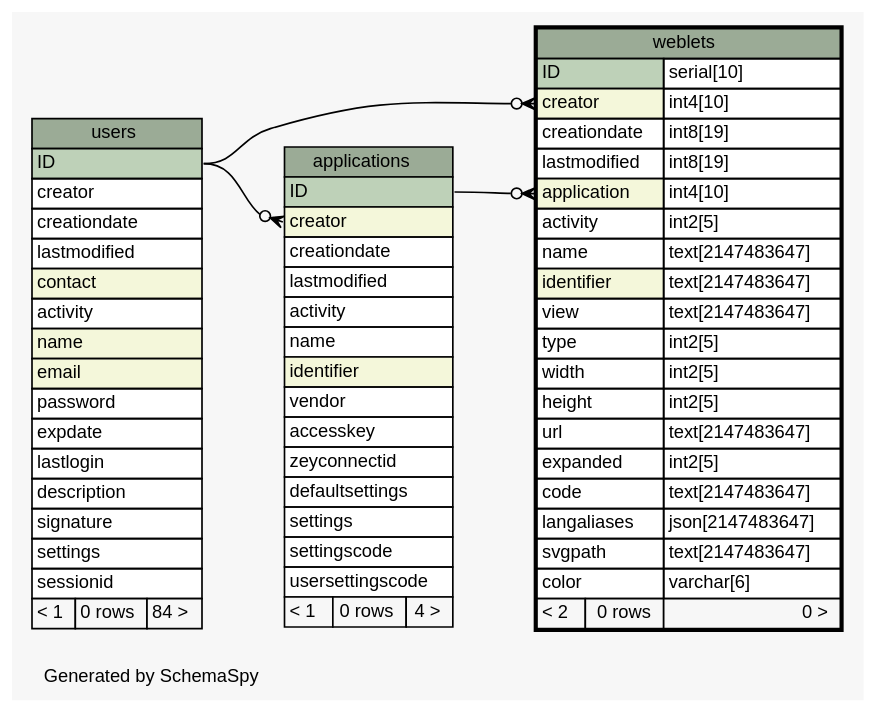
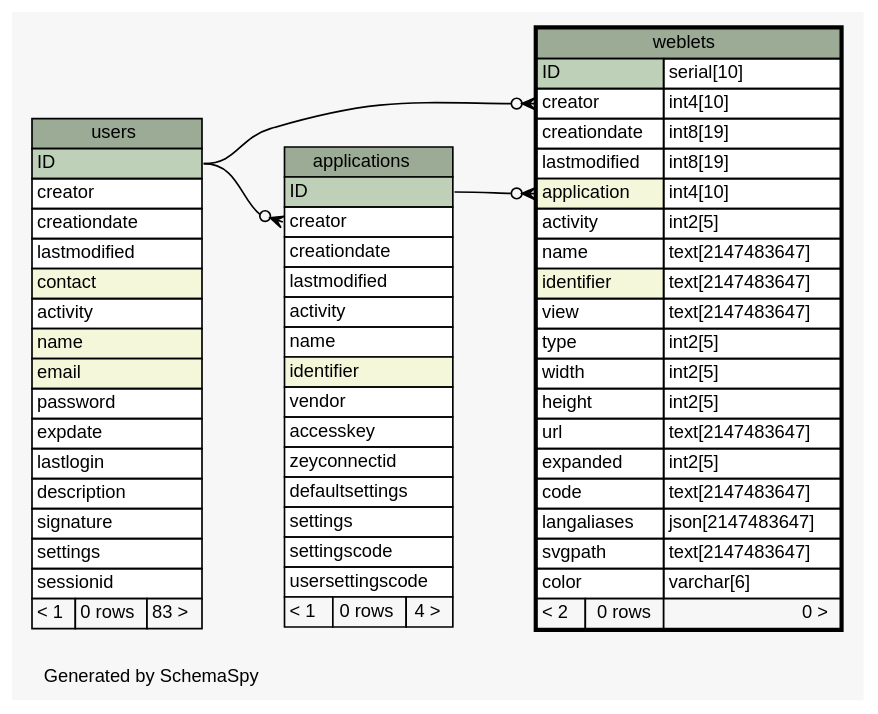
Before and after one commit to zeyosinc/zeyos-schema: the diagram in diagrams/weblets.1degree.dot, drawn with Graphviz. The commit also changed 277 other files, not shown here.

```diff
--- a/diagrams/weblets.1degree.dot
+++ b/diagrams/weblets.1degree.dot
@@ -1,99 +1,99 @@
 // dot 2.38.0 on Windows 8.1 6.3
 // SchemaSpy rev 590
 digraph "oneDegreeRelationshipsDiagram" {
   graph [
     rankdir="RL"
     bgcolor="#f7f7f7"
     label="\nGenerated by SchemaSpy"
     labeljust="l"
     nodesep="0.18"
     ranksep="0.46"
     fontname="Helvetica"
     fontsize="11"
   ];
   node [
     fontname="Helvetica"
     fontsize="11"
     shape="plaintext"
   ];
   edge [
     arrowsize="0.8"
   ];
   "applications":"creator":w -> "users":"ID":e [arrowhead=none dir=back arrowtail=crowodot];
   "weblets":"application":w -> "applications":"ID":e [arrowhead=none dir=back arrowtail=crowodot];
   "weblets":"creator":w -> "users":"ID":e [arrowhead=none dir=back arrowtail=crowodot];
   "applications" [
     label=<
     <TABLE BORDER="0" CELLBORDER="1" CELLSPACING="0" BGCOLOR="#ffffff">
       <TR><TD COLSPAN="3" BGCOLOR="#9bab96" ALIGN="CENTER">applications</TD></TR>
       <TR><TD PORT="ID" COLSPAN="3" BGCOLOR="#bed1b8" ALIGN="LEFT">ID</TD></TR>
-      <TR><TD PORT="creator" COLSPAN="3" BGCOLOR="#f4f7da" ALIGN="LEFT">creator</TD></TR>
+      <TR><TD PORT="creator" COLSPAN="3" ALIGN="LEFT">creator</TD></TR>
       <TR><TD PORT="creationdate" COLSPAN="3" ALIGN="LEFT">creationdate</TD></TR>
       <TR><TD PORT="lastmodified" COLSPAN="3" ALIGN="LEFT">lastmodified</TD></TR>
       <TR><TD PORT="activity" COLSPAN="3" ALIGN="LEFT">activity</TD></TR>
       <TR><TD PORT="name" COLSPAN="3" ALIGN="LEFT">name</TD></TR>
       <TR><TD PORT="identifier" COLSPAN="3" BGCOLOR="#f4f7da" ALIGN="LEFT">identifier</TD></TR>
       <TR><TD PORT="vendor" COLSPAN="3" ALIGN="LEFT">vendor</TD></TR>
       <TR><TD PORT="accesskey" COLSPAN="3" ALIGN="LEFT">accesskey</TD></TR>
       <TR><TD PORT="zeyconnectid" COLSPAN="3" ALIGN="LEFT">zeyconnectid</TD></TR>
       <TR><TD PORT="defaultsettings" COLSPAN="3" ALIGN="LEFT">defaultsettings</TD></TR>
       <TR><TD PORT="settings" COLSPAN="3" ALIGN="LEFT">settings</TD></TR>
       <TR><TD PORT="settingscode" COLSPAN="3" ALIGN="LEFT">settingscode</TD></TR>
       <TR><TD PORT="usersettingscode" COLSPAN="3" ALIGN="LEFT">usersettingscode</TD></TR>
       <TR><TD ALIGN="LEFT" BGCOLOR="#f7f7f7">&lt; 1</TD><TD ALIGN="RIGHT" BGCOLOR="#f7f7f7">0 rows</TD><TD ALIGN="RIGHT" BGCOLOR="#f7f7f7">4 &gt;</TD></TR>
     </TABLE>>
     URL="applications.html"
     tooltip="applications"
   ];
   "users" [
     label=<
     <TABLE BORDER="0" CELLBORDER="1" CELLSPACING="0" BGCOLOR="#ffffff">
       <TR><TD COLSPAN="3" BGCOLOR="#9bab96" ALIGN="CENTER">users</TD></TR>
       <TR><TD PORT="ID" COLSPAN="3" BGCOLOR="#bed1b8" ALIGN="LEFT">ID</TD></TR>
       <TR><TD PORT="creator" COLSPAN="3" ALIGN="LEFT">creator</TD></TR>
       <TR><TD PORT="creationdate" COLSPAN="3" ALIGN="LEFT">creationdate</TD></TR>
       <TR><TD PORT="lastmodified" COLSPAN="3" ALIGN="LEFT">lastmodified</TD></TR>
       <TR><TD PORT="contact" COLSPAN="3" BGCOLOR="#f4f7da" ALIGN="LEFT">contact</TD></TR>
       <TR><TD PORT="activity" COLSPAN="3" ALIGN="LEFT">activity</TD></TR>
       <TR><TD PORT="name" COLSPAN="3" BGCOLOR="#f4f7da" ALIGN="LEFT">name</TD></TR>
       <TR><TD PORT="email" COLSPAN="3" BGCOLOR="#f4f7da" ALIGN="LEFT">email</TD></TR>
       <TR><TD PORT="password" COLSPAN="3" ALIGN="LEFT">password</TD></TR>
       <TR><TD PORT="expdate" COLSPAN="3" ALIGN="LEFT">expdate</TD></TR>
       <TR><TD PORT="lastlogin" COLSPAN="3" ALIGN="LEFT">lastlogin</TD></TR>
       <TR><TD PORT="description" COLSPAN="3" ALIGN="LEFT">description</TD></TR>
       <TR><TD PORT="signature" COLSPAN="3" ALIGN="LEFT">signature</TD></TR>
       <TR><TD PORT="settings" COLSPAN="3" ALIGN="LEFT">settings</TD></TR>
       <TR><TD PORT="sessionid" COLSPAN="3" ALIGN="LEFT">sessionid</TD></TR>
-      <TR><TD ALIGN="LEFT" BGCOLOR="#f7f7f7">&lt; 1</TD><TD ALIGN="RIGHT" BGCOLOR="#f7f7f7">0 rows</TD><TD ALIGN="RIGHT" BGCOLOR="#f7f7f7">84 &gt;</TD></TR>
+      <TR><TD ALIGN="LEFT" BGCOLOR="#f7f7f7">&lt; 1</TD><TD ALIGN="RIGHT" BGCOLOR="#f7f7f7">0 rows</TD><TD ALIGN="RIGHT" BGCOLOR="#f7f7f7">83 &gt;</TD></TR>
     </TABLE>>
     URL="users.html"
     tooltip="users"
   ];
   "weblets" [
     label=<
     <TABLE BORDER="2" CELLBORDER="1" CELLSPACING="0" BGCOLOR="#ffffff">
       <TR><TD COLSPAN="3" BGCOLOR="#9bab96" ALIGN="CENTER">weblets</TD></TR>
       <TR><TD PORT="ID" COLSPAN="2" BGCOLOR="#bed1b8" ALIGN="LEFT">ID</TD><TD PORT="ID.type" ALIGN="LEFT">serial[10]</TD></TR>
-      <TR><TD PORT="creator" COLSPAN="2" BGCOLOR="#f4f7da" ALIGN="LEFT">creator</TD><TD PORT="creator.type" ALIGN="LEFT">int4[10]</TD></TR>
+      <TR><TD PORT="creator" COLSPAN="2" ALIGN="LEFT">creator</TD><TD PORT="creator.type" ALIGN="LEFT">int4[10]</TD></TR>
       <TR><TD PORT="creationdate" COLSPAN="2" ALIGN="LEFT">creationdate</TD><TD PORT="creationdate.type" ALIGN="LEFT">int8[19]</TD></TR>
       <TR><TD PORT="lastmodified" COLSPAN="2" ALIGN="LEFT">lastmodified</TD><TD PORT="lastmodified.type" ALIGN="LEFT">int8[19]</TD></TR>
       <TR><TD PORT="application" COLSPAN="2" BGCOLOR="#f4f7da" ALIGN="LEFT">application</TD><TD PORT="application.type" ALIGN="LEFT">int4[10]</TD></TR>
       <TR><TD PORT="activity" COLSPAN="2" ALIGN="LEFT">activity</TD><TD PORT="activity.type" ALIGN="LEFT">int2[5]</TD></TR>
       <TR><TD PORT="name" COLSPAN="2" ALIGN="LEFT">name</TD><TD PORT="name.type" ALIGN="LEFT">text[2147483647]</TD></TR>
       <TR><TD PORT="identifier" COLSPAN="2" BGCOLOR="#f4f7da" ALIGN="LEFT">identifier</TD><TD PORT="identifier.type" ALIGN="LEFT">text[2147483647]</TD></TR>
       <TR><TD PORT="view" COLSPAN="2" ALIGN="LEFT">view</TD><TD PORT="view.type" ALIGN="LEFT">text[2147483647]</TD></TR>
       <TR><TD PORT="type" COLSPAN="2" ALIGN="LEFT">type</TD><TD PORT="type.type" ALIGN="LEFT">int2[5]</TD></TR>
       <TR><TD PORT="width" COLSPAN="2" ALIGN="LEFT">width</TD><TD PORT="width.type" ALIGN="LEFT">int2[5]</TD></TR>
       <TR><TD PORT="height" COLSPAN="2" ALIGN="LEFT">height</TD><TD PORT="height.type" ALIGN="LEFT">int2[5]</TD></TR>
       <TR><TD PORT="url" COLSPAN="2" ALIGN="LEFT">url</TD><TD PORT="url.type" ALIGN="LEFT">text[2147483647]</TD></TR>
       <TR><TD PORT="expanded" COLSPAN="2" ALIGN="LEFT">expanded</TD><TD PORT="expanded.type" ALIGN="LEFT">int2[5]</TD></TR>
       <TR><TD PORT="code" COLSPAN="2" ALIGN="LEFT">code</TD><TD PORT="code.type" ALIGN="LEFT">text[2147483647]</TD></TR>
       <TR><TD PORT="langaliases" COLSPAN="2" ALIGN="LEFT">langaliases</TD><TD PORT="langaliases.type" ALIGN="LEFT">json[2147483647]</TD></TR>
       <TR><TD PORT="svgpath" COLSPAN="2" ALIGN="LEFT">svgpath</TD><TD PORT="svgpath.type" ALIGN="LEFT">text[2147483647]</TD></TR>
       <TR><TD PORT="color" COLSPAN="2" ALIGN="LEFT">color</TD><TD PORT="color.type" ALIGN="LEFT">varchar[6]</TD></TR>
       <TR><TD ALIGN="LEFT" BGCOLOR="#f7f7f7">&lt; 2</TD><TD ALIGN="RIGHT" BGCOLOR="#f7f7f7">0 rows</TD><TD ALIGN="RIGHT" BGCOLOR="#f7f7f7">0 &gt;</TD></TR>
     </TABLE>>
     URL="weblets.html"
     tooltip="weblets"
   ];
 }
```
